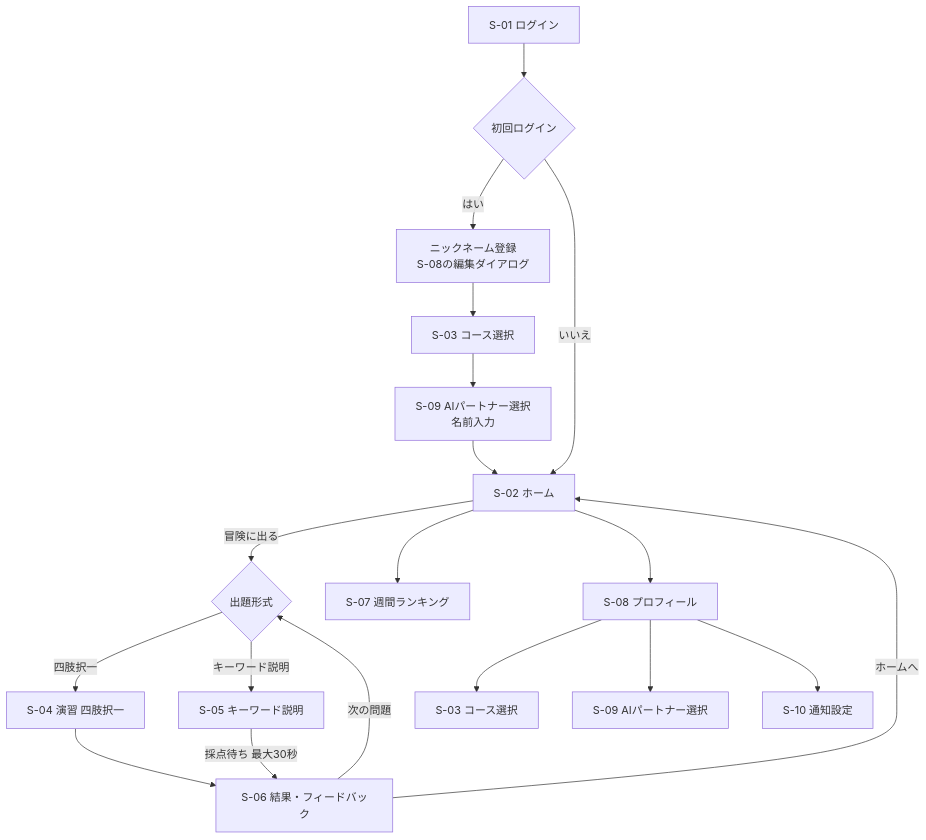
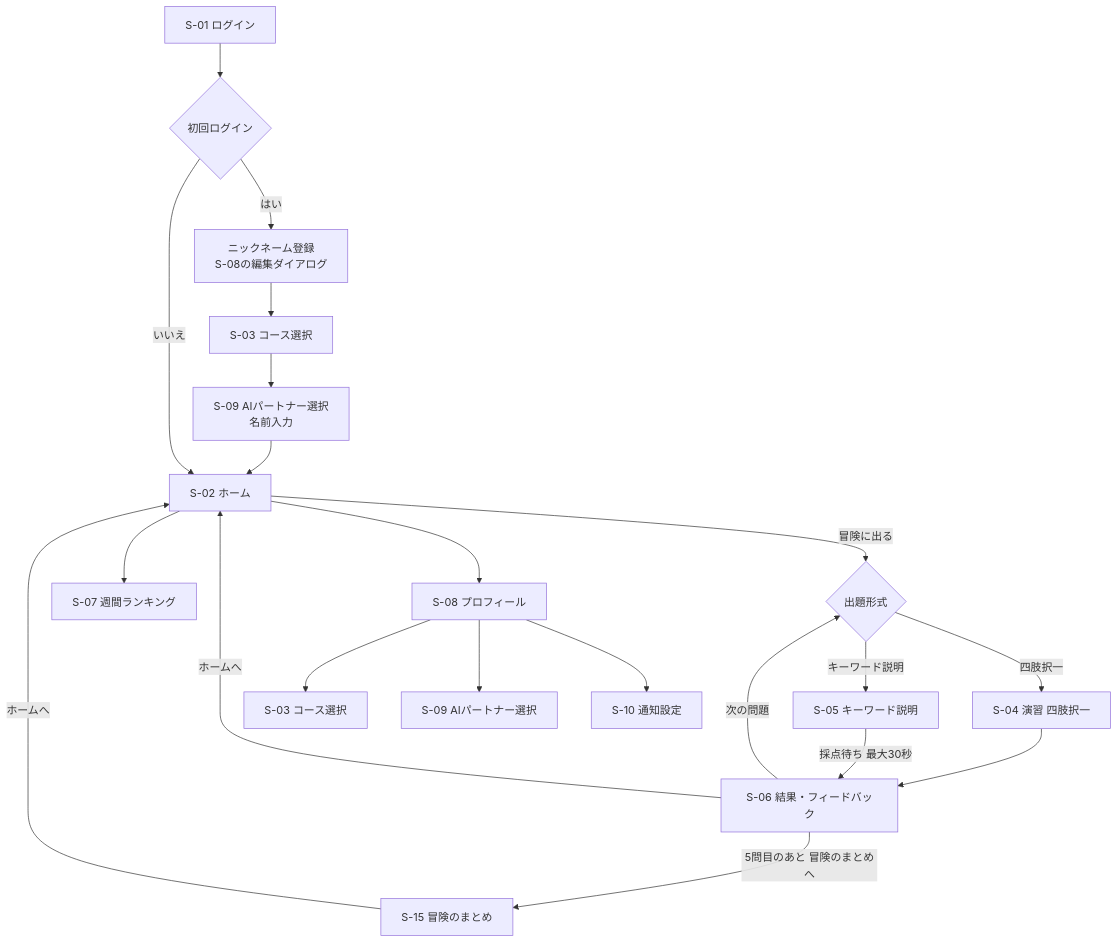
The fifth of 13 diagrams in documents/外部設計書_RPG学習アプリ.md (pocarialice/rpglearning), drawn with Mermaid before and after one commit. The commit also changed other lines of this file and 27 other files, not shown here.

````diff
--- a/documents/外部設計書_RPG学習アプリ.md
+++ b/documents/外部設計書_RPG学習アプリ.md
@@ -325,21 +327,23 @@
 ```mermaid
 flowchart TD
   S01["S-01 ログイン"] --> J{初回ログイン}
   J -->|"はい"| NN["ニックネーム登録<br>S-08の編集ダイアログ"]
   NN --> S03a["S-03 コース選択"]
   S03a --> S09a["S-09 AIパートナー選択<br>名前入力"]
   S09a --> S02["S-02 ホーム"]
   J -->|"いいえ"| S02
   S02 -->|"冒険に出る"| Q{出題形式}
   Q -->|"四肢択一"| S04["S-04 演習 四肢択一"]
   Q -->|"キーワード説明"| S05["S-05 キーワード説明"]
   S04 --> S06["S-06 結果・フィードバック"]
   S05 -->|"採点待ち 最大30秒"| S06
   S06 -->|"次の問題"| Q
+  S06 -->|"5問目のあと 冒険のまとめへ"| S15["S-15 冒険のまとめ"]
+  S15 -->|"ホームへ"| S02
   S06 -->|"ホームへ"| S02
   S02 --> S07["S-07 週間ランキング"]
   S02 --> S08["S-08 プロフィール"]
   S08 --> S03["S-03 コース選択"]
   S08 --> S09["S-09 AIパートナー選択"]
   S08 --> S10["S-10 通知設定"]
 ```
````
